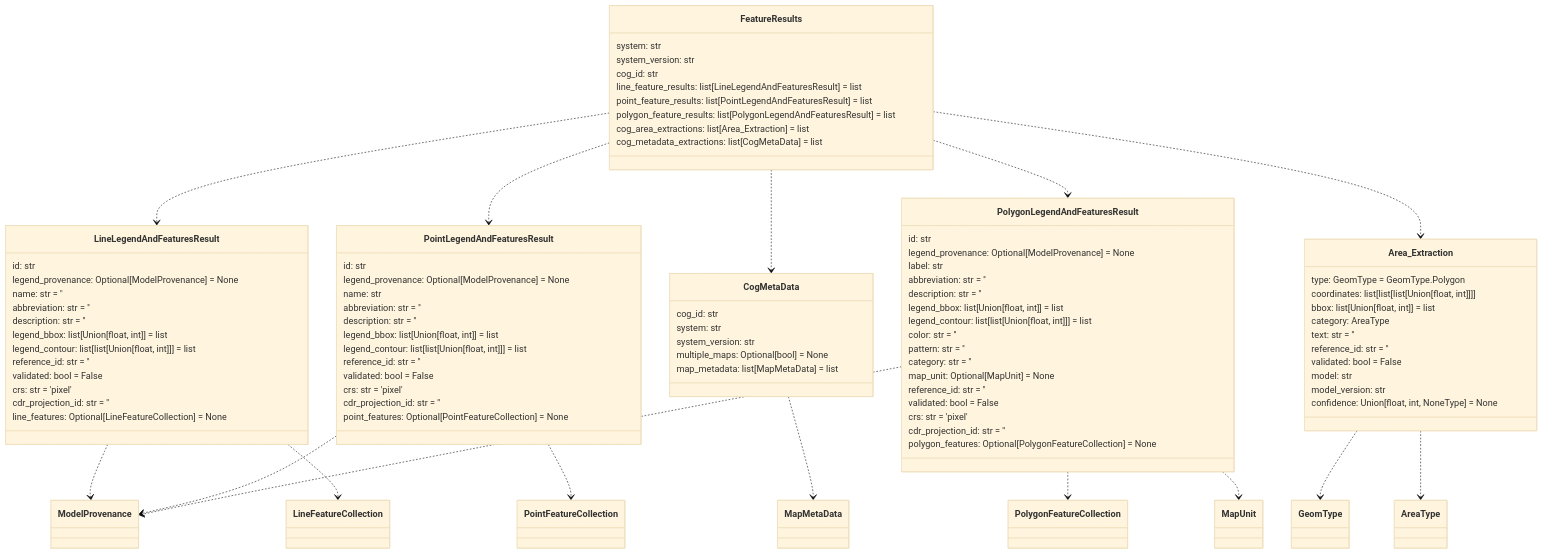
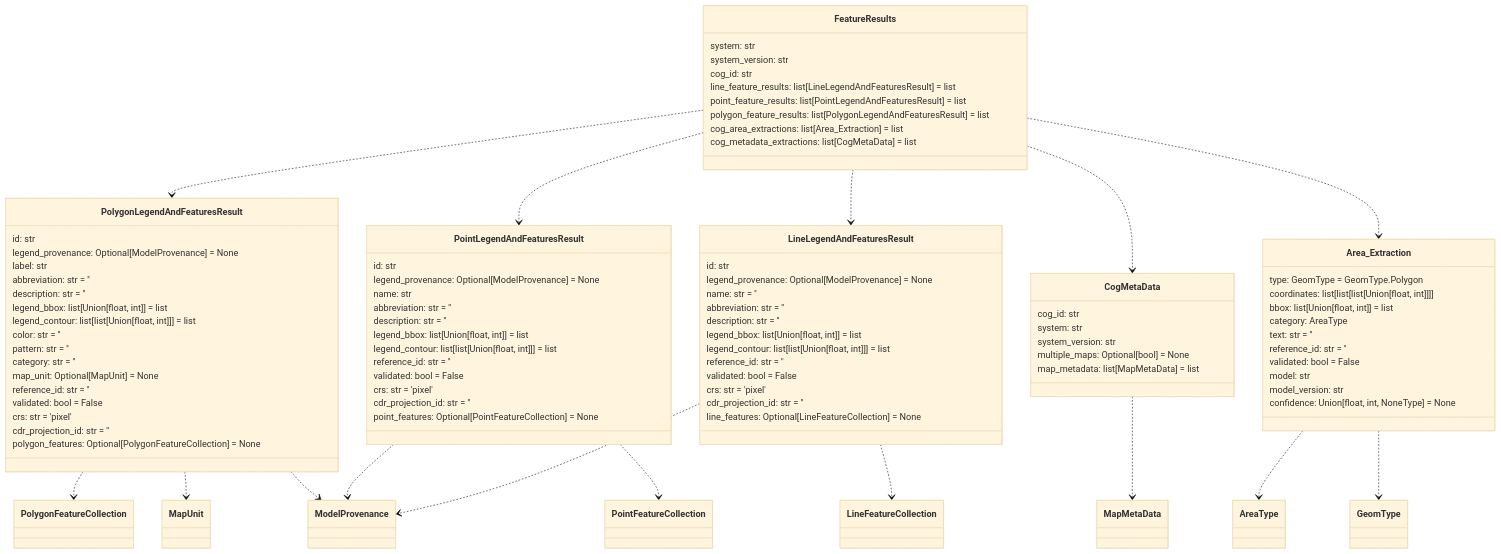
Before and after one commit to DARPA-CRITICALMAAS/cdr_schemas: the fourth of 14 diagrams in README.md, drawn with Mermaid (base theme). The commit also changed other lines of this file and 1 other file, not shown here.

````diff
--- a/README.md
+++ b/README.md
@@ -258,5 +258,39 @@
 ```mermaid
 classDiagram
+
+    class PolygonLegendAndFeaturesResult {
+        id: str
+        legend_provenance: Optional[ModelProvenance] = None
+        label: str
+        abbreviation: str = ''
+        description: str = ''
+        legend_bbox: list[Union[float, int]] = list
+        legend_contour: list[list[Union[float, int]]] = list
+        color: str = ''
+        pattern: str = ''
+        category: str = ''
+        map_unit: Optional[MapUnit] = None
+        reference_id: str = ''
+        validated: bool = False
+        crs: str = 'pixel'
+        cdr_projection_id: str = ''
+        polygon_features: Optional[PolygonFeatureCollection] = None
+    }
+
+    class PointLegendAndFeaturesResult {
+        id: str
+        legend_provenance: Optional[ModelProvenance] = None
+        name: str
+        abbreviation: str = ''
+        description: str = ''
+        legend_bbox: list[Union[float, int]] = list
+        legend_contour: list[list[Union[float, int]]] = list
+        reference_id: str = ''
+        validated: bool = False
+        crs: str = 'pixel'
+        cdr_projection_id: str = ''
+        point_features: Optional[PointFeatureCollection] = None
+    }
 
     class LineLegendAndFeaturesResult {
         id: str
@@ -284,46 +318,12 @@
         cog_metadata_extractions: list[CogMetaData] = list
     }
 
-    class PointLegendAndFeaturesResult {
-        id: str
-        legend_provenance: Optional[ModelProvenance] = None
-        name: str
-        abbreviation: str = ''
-        description: str = ''
-        legend_bbox: list[Union[float, int]] = list
-        legend_contour: list[list[Union[float, int]]] = list
-        reference_id: str = ''
-        validated: bool = False
-        crs: str = 'pixel'
-        cdr_projection_id: str = ''
-        point_features: Optional[PointFeatureCollection] = None
-    }
-
     class CogMetaData {
         cog_id: str
         system: str
         system_version: str
         multiple_maps: Optional[bool] = None
         map_metadata: list[MapMetaData] = list
-    }
-
-    class PolygonLegendAndFeaturesResult {
-        id: str
-        legend_provenance: Optional[ModelProvenance] = None
-        label: str
-        abbreviation: str = ''
-        description: str = ''
-        legend_bbox: list[Union[float, int]] = list
-        legend_contour: list[list[Union[float, int]]] = list
-        color: str = ''
-        pattern: str = ''
-        category: str = ''
-        map_unit: Optional[MapUnit] = None
-        reference_id: str = ''
-        validated: bool = False
-        crs: str = 'pixel'
-        cdr_projection_id: str = ''
-        polygon_features: Optional[PolygonFeatureCollection] = None
     }
 
     class Area_Extraction {
@@ -339,20 +339,20 @@
         confidence: Union[float, int, NoneType] = None
     }
 
+    Area_Extraction ..> AreaType
     Area_Extraction ..> GeomType
-    Area_Extraction ..> AreaType
     LineLegendAndFeaturesResult ..> ModelProvenance
     LineLegendAndFeaturesResult ..> LineFeatureCollection
+    PointLegendAndFeaturesResult ..> ModelProvenance
     PointLegendAndFeaturesResult ..> PointFeatureCollection
-    PointLegendAndFeaturesResult ..> ModelProvenance
     PolygonLegendAndFeaturesResult ..> PolygonFeatureCollection
+    PolygonLegendAndFeaturesResult ..> ModelProvenance
     PolygonLegendAndFeaturesResult ..> MapUnit
-    PolygonLegendAndFeaturesResult ..> ModelProvenance
     CogMetaData ..> MapMetaData
+    FeatureResults ..> PolygonLegendAndFeaturesResult
+    FeatureResults ..> PointLegendAndFeaturesResult
     FeatureResults ..> LineLegendAndFeaturesResult
-    FeatureResults ..> PointLegendAndFeaturesResult
     FeatureResults ..> CogMetaData
-    FeatureResults ..> PolygonLegendAndFeaturesResult
     FeatureResults ..> Area_Extraction
 
 
````
